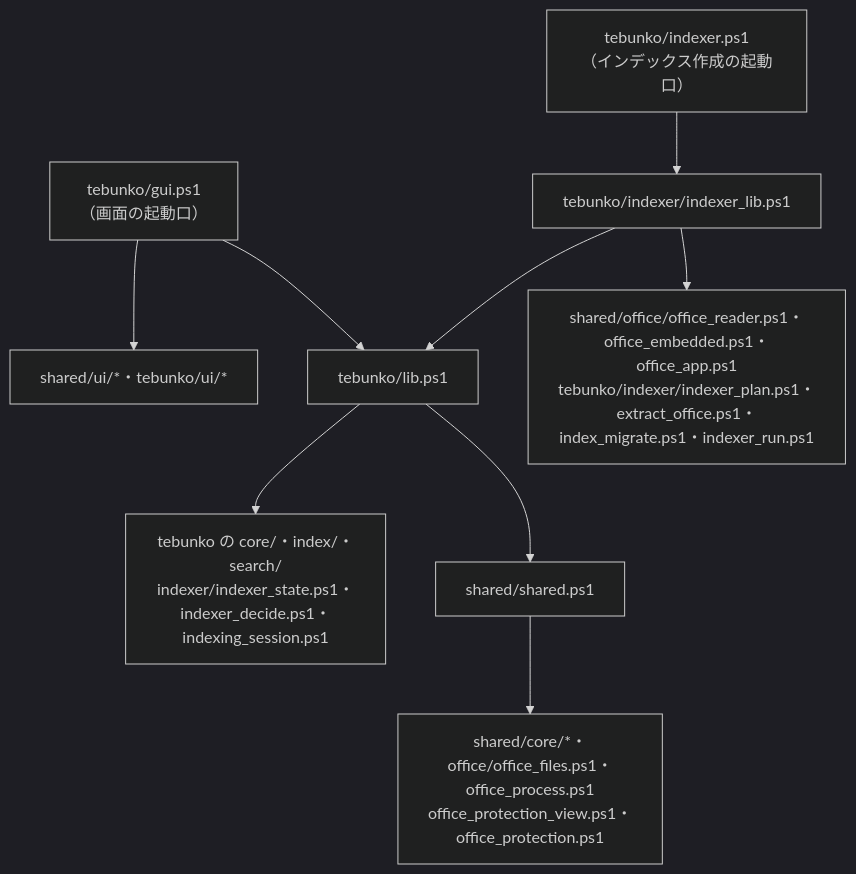
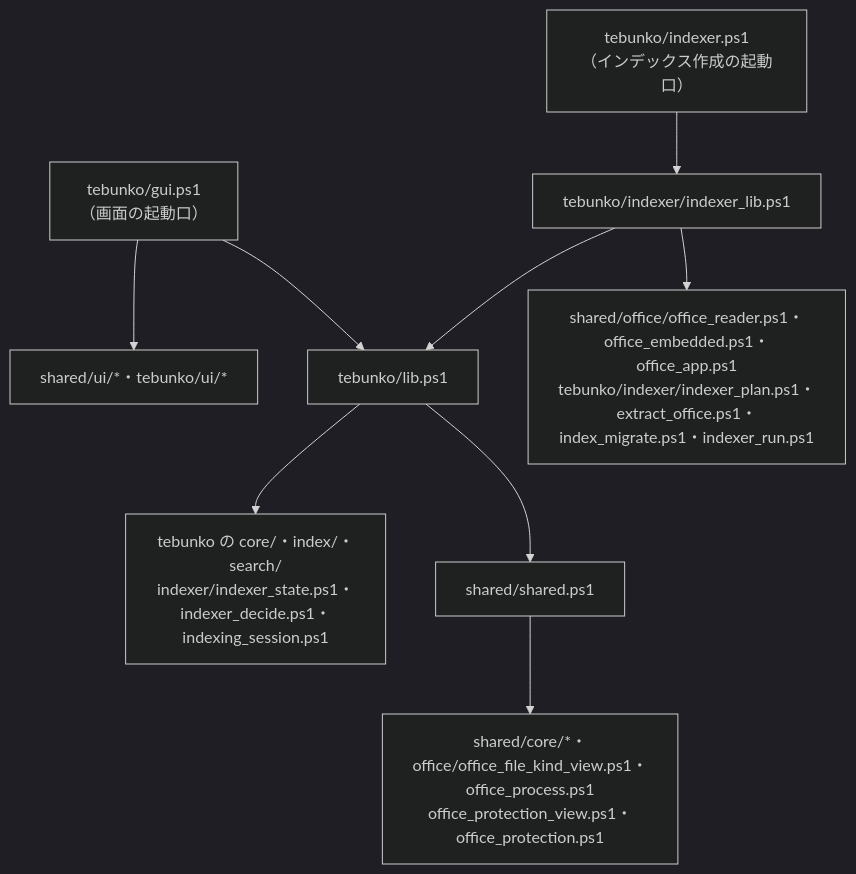
Before and after one commit to hsgwa/tebunko: the fourth of 4 diagrams in docs/design/structure/source.md, drawn with Mermaid (dark theme). The commit also changed other lines of this file and 17 other files, not shown here.

````diff
--- a/docs/design/structure/source.md
+++ b/docs/design/structure/source.md
@@ -141,11 +141,11 @@
 ```mermaid
 flowchart TD
     GUI["tebunko/gui.ps1<br>（画面の起動口）"] --> LIB
     IDX["tebunko/indexer.ps1<br>（インデックス作成の起動口）"]
     GUI --> UI["shared/ui/*・tebunko/ui/*"]
     IDX --> IXL["tebunko/indexer/indexer_lib.ps1"] --> IXO["shared/office/office_reader.ps1・office_embedded.ps1・office_app.ps1<br>tebunko/indexer/indexer_plan.ps1・extract_office.ps1・index_migrate.ps1・indexer_run.ps1"]
     IXL --> LIB
     LIB["tebunko/lib.ps1"] --> SH["shared/shared.ps1"]
     LIB --> TG["tebunko の core/・index/・search/<br>indexer/indexer_state.ps1・indexer_decide.ps1・indexing_session.ps1"]
-    SH --> SC["shared/core/*・office/office_files.ps1・office_process.ps1<br>office_protection_view.ps1・office_protection.ps1"]
+    SH --> SC["shared/core/*・office/office_file_kind_view.ps1・office_process.ps1<br>office_protection_view.ps1・office_protection.ps1"]
 ```
````
